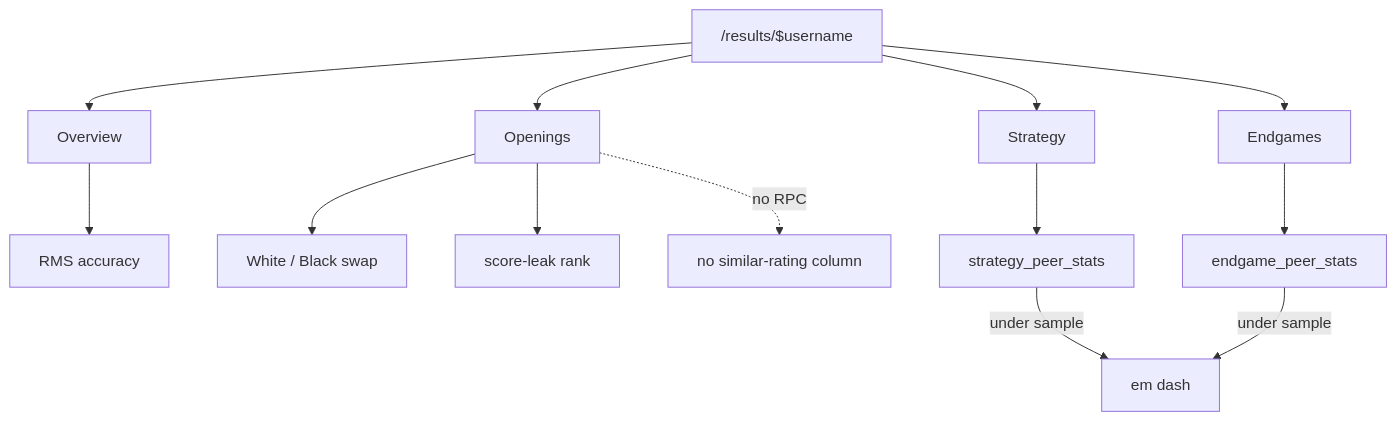
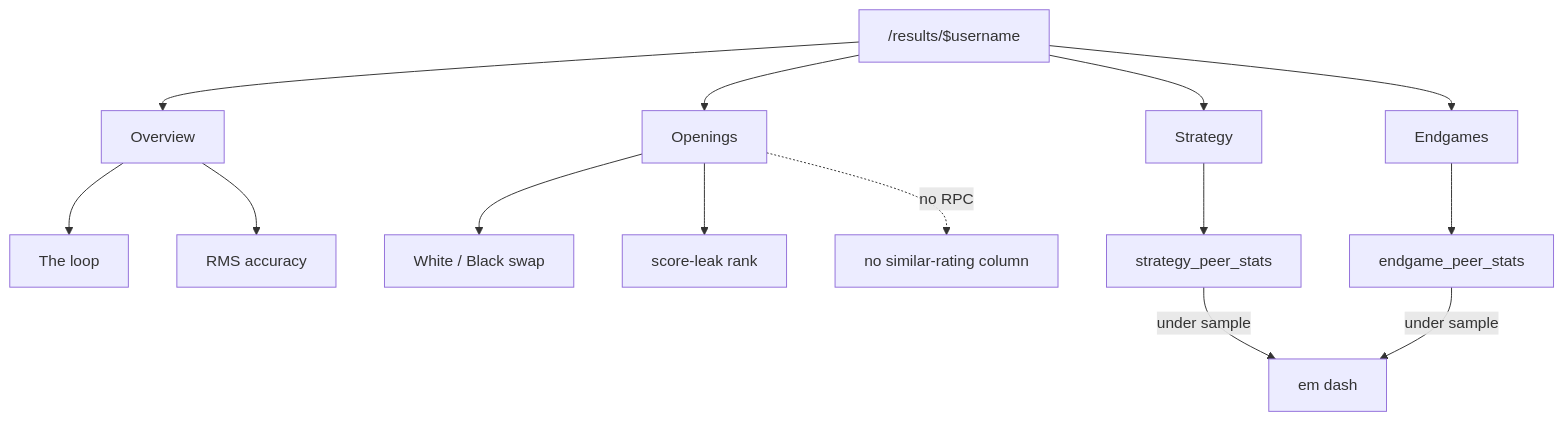
One commit to FortakenJay/Chess-Website changed the diagram in docs/humans/_insights/Insights.md. Above: the diagram before and after it, drawn with Mermaid. The commit also changed other lines of this file and 33 other files, not shown here.

````diff
--- a/docs/humans/_insights/Insights.md
+++ b/docs/humans/_insights/Insights.md
@@ -23,15 +23,16 @@
 ```mermaid
 flowchart TB
   Results["/results/$username"] --> Overview
   Results --> Openings
   Results --> Strategy
   Results --> Endgames
+  Overview --> Loop[The loop]
   Overview --> RMS[RMS accuracy]
   Openings --> Color[White / Black swap]
   Openings --> Leak[score-leak rank]
   Strategy --> PeerS[strategy_peer_stats]
   Endgames --> PeerE[endgame_peer_stats]
   PeerS -->|under sample| Dash[em dash]
   PeerE -->|under sample| Dash
   Openings -.->|no RPC| NoPeer[no similar-rating column]
 ```
````
